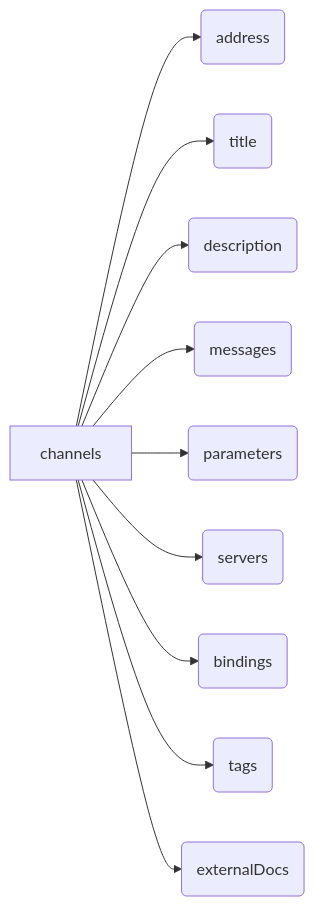
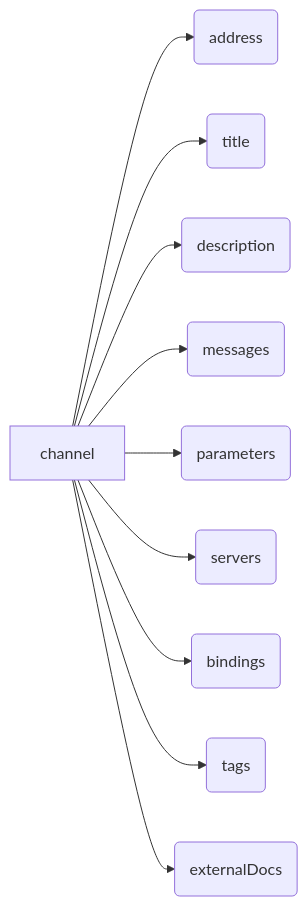
The fourth of 6 diagrams in pages/docs/concepts/asyncapi-document/structure.md (asyncapi/website), drawn with Mermaid before and after one commit. The commit also changed other lines of this file, not shown here.

````diff
--- a/pages/docs/concepts/asyncapi-document/structure.md
+++ b/pages/docs/concepts/asyncapi-document/structure.md
@@ -151,23 +151,23 @@
 ```mermaid
 graph LR
-  A[channels]
+  A[channel]
   B(address)
   C(title)
   D(description)
   E(messages)
   H(parameters)
   J(servers)
   M(bindings)
   P(tags)
   R(externalDocs)
 
   A -->B
   A --> C
   A --> D
   A --> E
   A --> H
   A --> J
   A --> M
   A --> P
   A --> R
 ```
````
